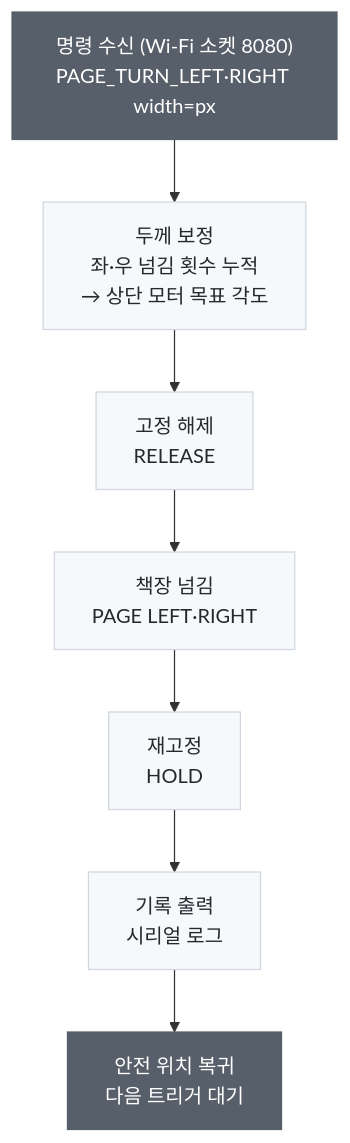
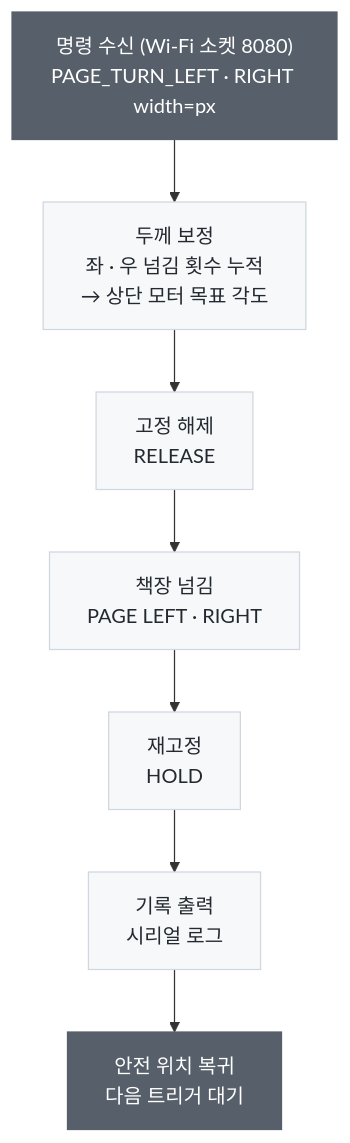
Before and after one commit to YOOBIN-AN/gaze-page-turner: the first of 3 diagrams in page-actuator/README.md, drawn with Mermaid. The commit also changed other lines of this file and 3 other files, not shown here.

````diff
--- a/page-actuator/README.md
+++ b/page-actuator/README.md
@@ -91,14 +91,14 @@
 ```mermaid
 flowchart TD
-    T["명령 수신 (Wi-Fi 소켓 8080)<br/>PAGE_TURN_LEFT·RIGHT width=px"] --> C["두께 보정<br/>좌·우 넘김 횟수 누적<br/>→ 상단 모터 목표 각도"]
+    T["명령 수신 (Wi-Fi 소켓 8080)<br/>PAGE_TURN_LEFT · RIGHT width=px"] --> C["두께 보정<br/>좌 · 우 넘김 횟수 누적<br/>→ 상단 모터 목표 각도"]
     C --> R["고정 해제<br/>RELEASE"]
-    R --> P["책장 넘김<br/>PAGE LEFT·RIGHT"]
+    R --> P["책장 넘김<br/>PAGE LEFT · RIGHT"]
     P --> H["재고정<br/>HOLD"]
     H --> L["기록 출력<br/>시리얼 로그"]
     L --> W["안전 위치 복귀<br/>다음 트리거 대기"]
 
     classDef io fill:#57606a,stroke:#57606a,color:#fff
     classDef step fill:#f6f8fa,stroke:#d0d7de,color:#24292f
     class T,W io
     class C,R,P,H,L step
 ```
````
